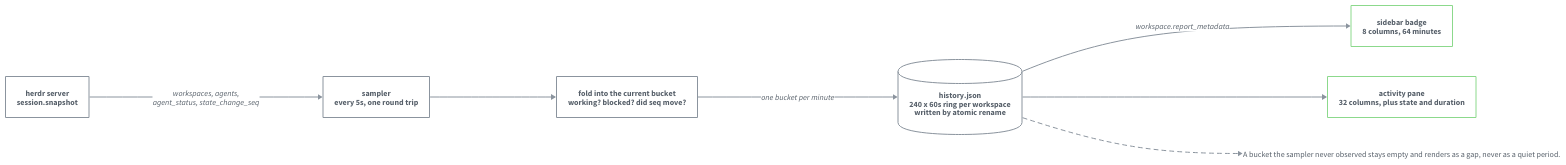
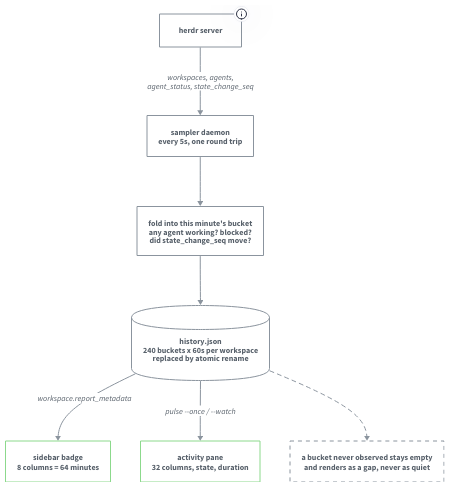
Before and after one commit to moneycaringcoder/herdr-pulse: the diagram in docs/diagrams/mechanism.d2, drawn with D2. The commit also changed 10 other files, not shown here.

First line of the commit message:
Implement the sampler, history store and renderer

```diff
--- a/docs/diagrams/mechanism.d2
+++ b/docs/diagrams/mechanism.d2
@@ -1,96 +1,85 @@
 # How one snapshot becomes one sparkline. Rendered to docs/img/mechanism.svg.
+#
+# Laid out downward on purpose: a left-to-right chain of six nodes renders at
+# about 9:1, which is illegible at README width.
 #
 # No unicode marks in labels — d2's bundled font has no glyph for them and they
 # render as tofu.
 
-direction: right
+direction: down
 
 classes: {
   node: {
     shape: rectangle
     style: {
       stroke: "#8b949e"
       font-color: "#57606a"
       fill: transparent
       stroke-width: 2
     }
   }
   store: {
     shape: cylinder
     style: {
       stroke: "#8b949e"
       font-color: "#57606a"
       fill: transparent
       stroke-width: 2
     }
   }
   out: {
     shape: rectangle
     style: {
       stroke: "#8cd98c"
       font-color: "#57606a"
       fill: transparent
       stroke-width: 2
     }
   }
 }
 
-herdr: {
+herdr: "herdr server" {
   class: node
-  label: "herdr server\nsession.snapshot"
+  tooltip: one session.snapshot per interval
 }
 
-sampler: {
-  class: node
-  label: "sampler\nevery 5s, one round trip"
-}
+sampler: "sampler daemon\nevery 5s, one round trip" {class: node}
 
-fold: {
-  class: node
-  label: "fold into the current bucket\nworking? blocked? did seq move?"
-}
+fold: "fold into this minute's bucket\nany agent working? blocked?\ndid state_change_seq move?" {class: node}
 
-store: {
-  class: store
-  label: "history.json\n240 x 60s ring per workspace\nwritten by atomic rename"
-}
+store: "history.json\n240 buckets x 60s per workspace\nreplaced by atomic rename" {class: store}
 
-badge: {
-  class: out
-  label: "sidebar badge\n8 columns, 64 minutes"
-}
+badge: "sidebar badge\n8 columns = 64 minutes" {class: out}
 
-pane: {
-  class: out
-  label: "activity pane\n32 columns, plus state and duration"
-}
+pane: "activity pane\n32 columns, state, duration" {class: out}
 
 herdr -> sampler: "workspaces, agents,\nagent_status, state_change_seq" {
   style.stroke: "#8b949e"
   style.font-color: "#57606a"
 }
 sampler -> fold {style.stroke: "#8b949e"}
-fold -> store: "one bucket per minute" {
-  style.stroke: "#8b949e"
-  style.font-color: "#57606a"
-}
+fold -> store {style.stroke: "#8b949e"}
 store -> badge: "workspace.report_metadata" {
   style.stroke: "#8b949e"
   style.font-color: "#57606a"
 }
-store -> pane {style.stroke: "#8b949e"}
+store -> pane: "pulse --once / --watch" {
+  style.stroke: "#8b949e"
+  style.font-color: "#57606a"
+}
 
-note: |md
-  A bucket the sampler never observed
-  stays empty and renders as a gap,
-  never as a quiet period.
-| {
+gap: "a bucket never observed stays empty\nand renders as a gap, never as quiet" {
+  shape: rectangle
   style: {
     stroke: "#8b949e"
     font-color: "#57606a"
     fill: transparent
     stroke-dash: 4
+    stroke-width: 2
   }
 }
 
-store -> note: {style.stroke-dash: 4; style.stroke: "#8b949e"}
+store -> gap {
+  style.stroke: "#8b949e"
+  style.stroke-dash: 4
+}
```
